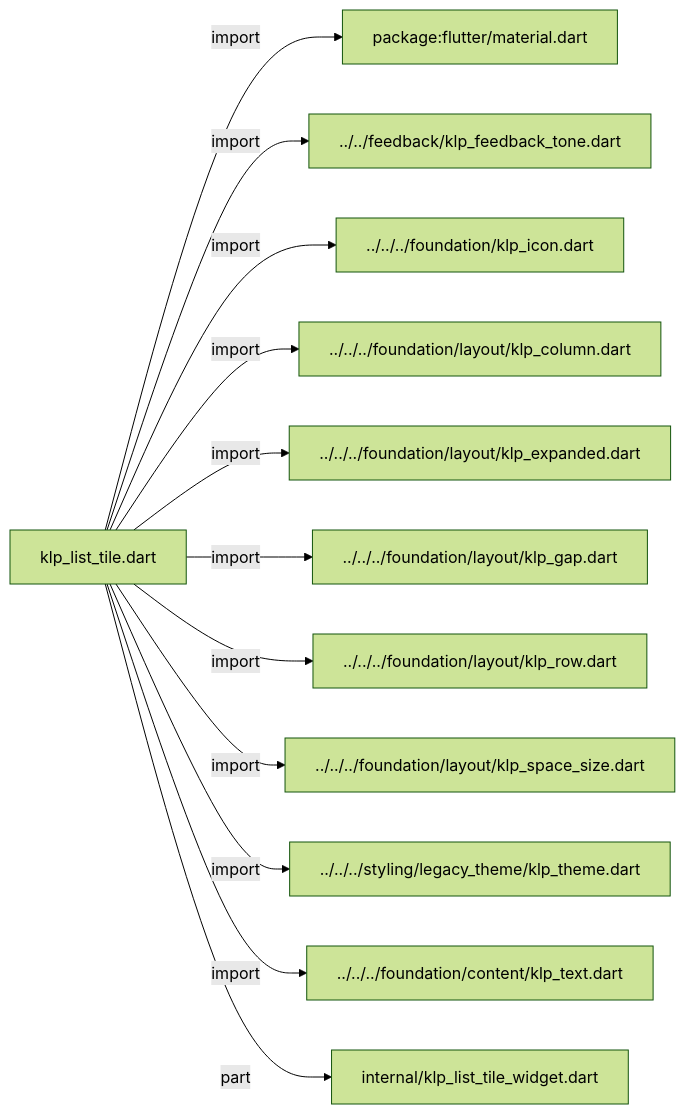
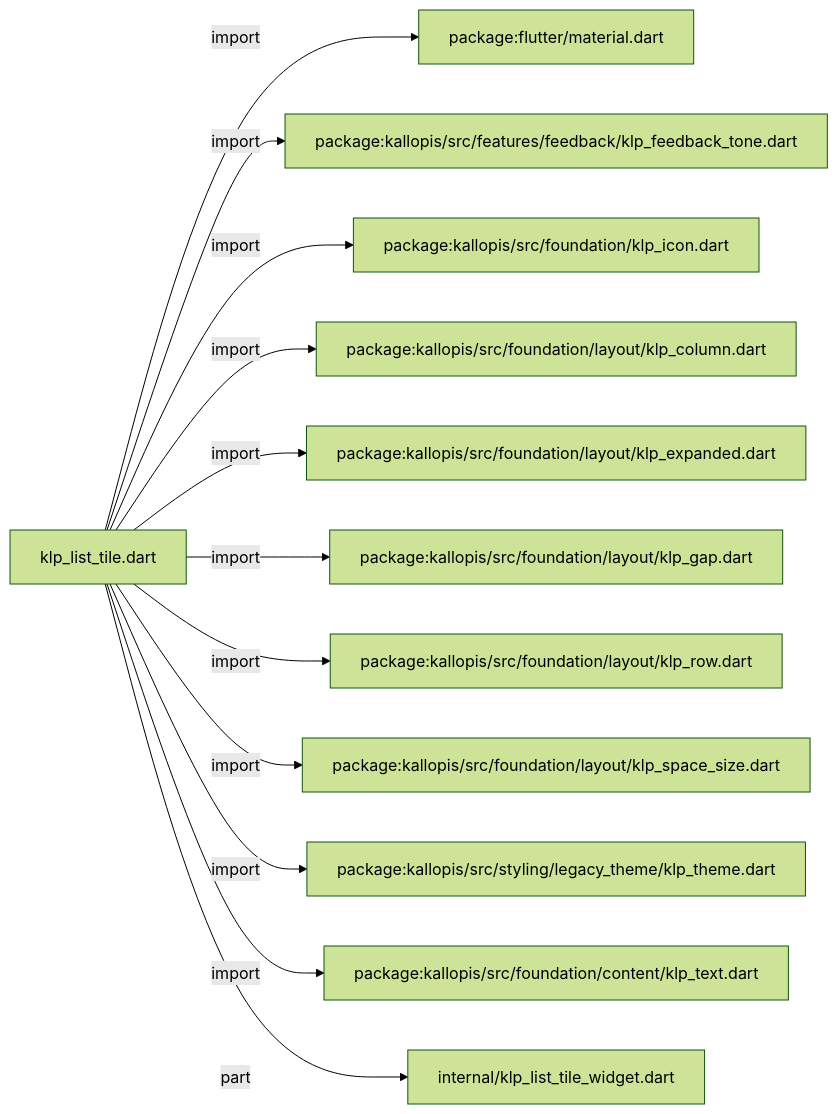
The first of 2 diagrams in docs/architecture/src/features/collections/list_tile/klp_list_tile.md (MiuDog/Kallopis), drawn with Mermaid (forest theme) before and after one commit. The commit also changed other lines of this file and 9688 other files, not shown here.

Commit message:
Prepare isolated Flow F2 peer baseline

````diff
--- a/docs/architecture/src/features/collections/list_tile/klp_list_tile.md
+++ b/docs/architecture/src/features/collections/list_tile/klp_list_tile.md
@@ -11,26 +11,26 @@
 ```mermaid
 flowchart LR
 	n0["klp_list_tile.dart"]
 	n1["package:flutter/material.dart"]
-	n2["../../feedback/klp_feedback_tone.dart"]
-	n3["../../../foundation/klp_icon.dart"]
-	n4["../../../foundation/layout/klp_column.dart"]
-	n5["../../../foundation/layout/klp_expanded.dart"]
-	n6["../../../foundation/layout/klp_gap.dart"]
-	n7["../../../foundation/layout/klp_row.dart"]
-	n8["../../../foundation/layout/klp_space_size.dart"]
-	n9["../../../styling/legacy_theme/klp_theme.dart"]
-	n10["../../../foundation/content/klp_text.dart"]
+	n2["package:kallopis/src/features/feedback/klp_feedback_tone.dart"]
+	n3["package:kallopis/src/foundation/klp_icon.dart"]
+	n4["package:kallopis/src/foundation/layout/klp_column.dart"]
+	n5["package:kallopis/src/foundation/layout/klp_expanded.dart"]
+	n6["package:kallopis/src/foundation/layout/klp_gap.dart"]
+	n7["package:kallopis/src/foundation/layout/klp_row.dart"]
+	n8["package:kallopis/src/foundation/layout/klp_space_size.dart"]
+	n9["package:kallopis/src/styling/legacy_theme/klp_theme.dart"]
+	n10["package:kallopis/src/foundation/content/klp_text.dart"]
 	n11["internal/klp_list_tile_widget.dart"]
 	n0 -->|"import"| n1
 	n0 -->|"import"| n2
 	n0 -->|"import"| n3
 	n0 -->|"import"| n4
 	n0 -->|"import"| n5
 	n0 -->|"import"| n6
 	n0 -->|"import"| n7
 	n0 -->|"import"| n8
 	n0 -->|"import"| n9
 	n0 -->|"import"| n10
 	n0 -->|"part"| n11
 ```
````
